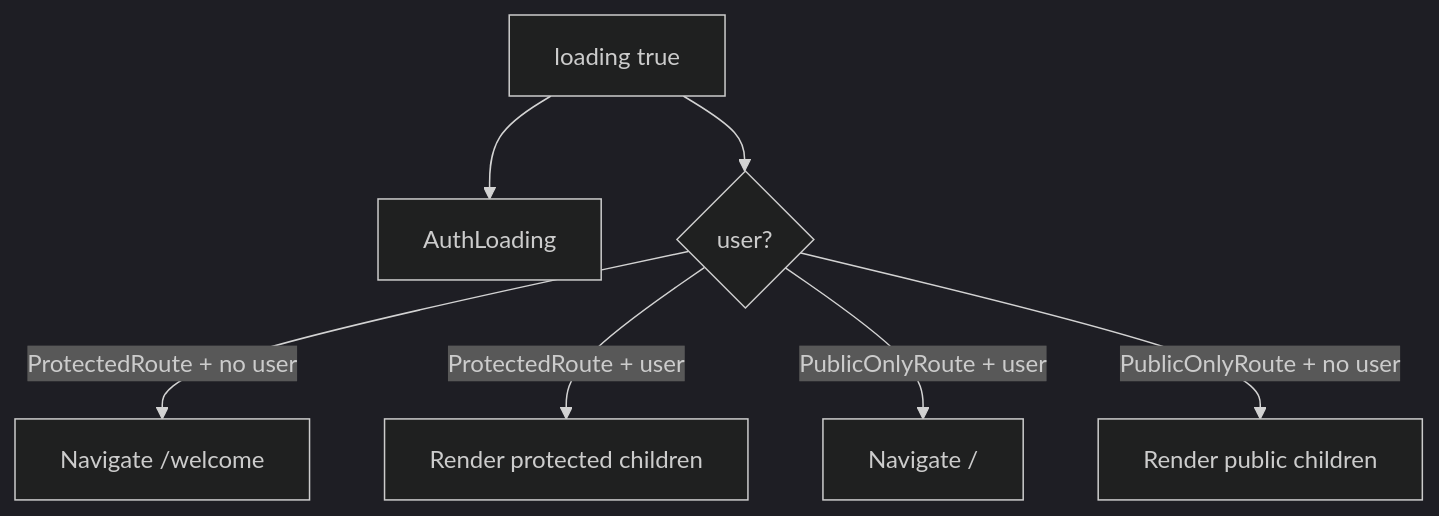
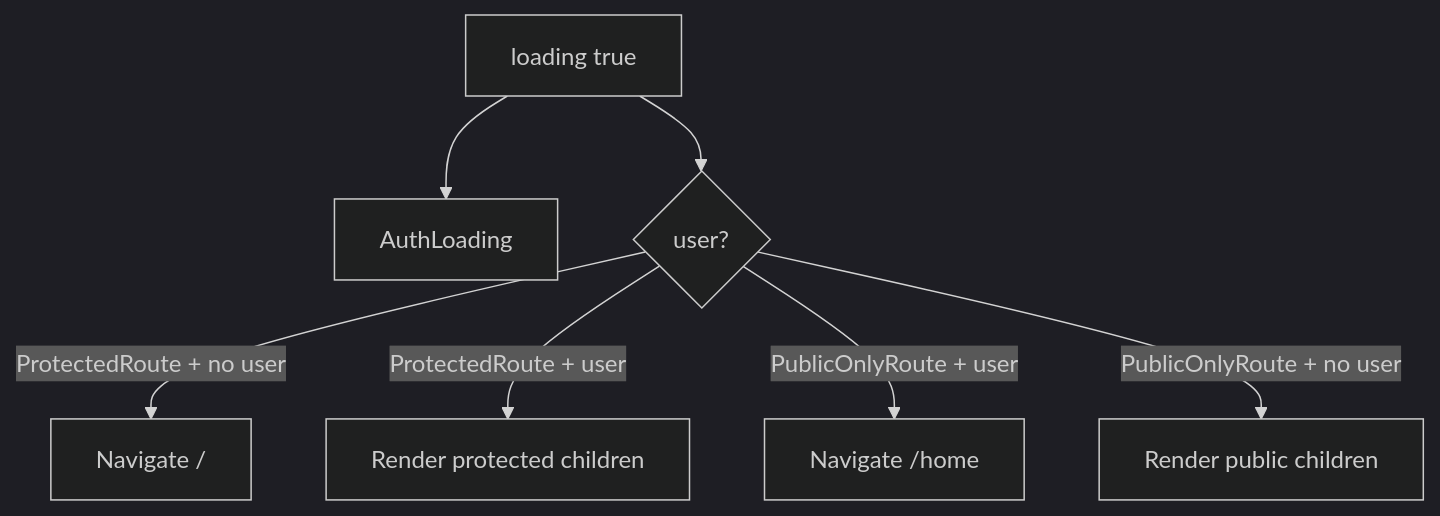
The diagram in docs/systems/routing/route-gating-system.md (Angelguirao/holzen), drawn with Mermaid (dark theme) before and after one commit. The commit also changed other lines of this file and 38 other files, not shown here.

````diff
--- a/docs/systems/routing/route-gating-system.md
+++ b/docs/systems/routing/route-gating-system.md
@@ -80,9 +80,9 @@
 ```mermaid
 flowchart TD
   L[loading true] --> AL[AuthLoading]
   L --> P{user?}
-  P -- ProtectedRoute + no user --> W[Navigate /welcome]
+  P -- ProtectedRoute + no user --> W[Navigate /]
   P -- ProtectedRoute + user --> OK[Render protected children]
-  P -- PublicOnlyRoute + user --> H[Navigate /]
+  P -- PublicOnlyRoute + user --> H[Navigate /home]
   P -- PublicOnlyRoute + no user --> PUB[Render public children]
 ```
````
